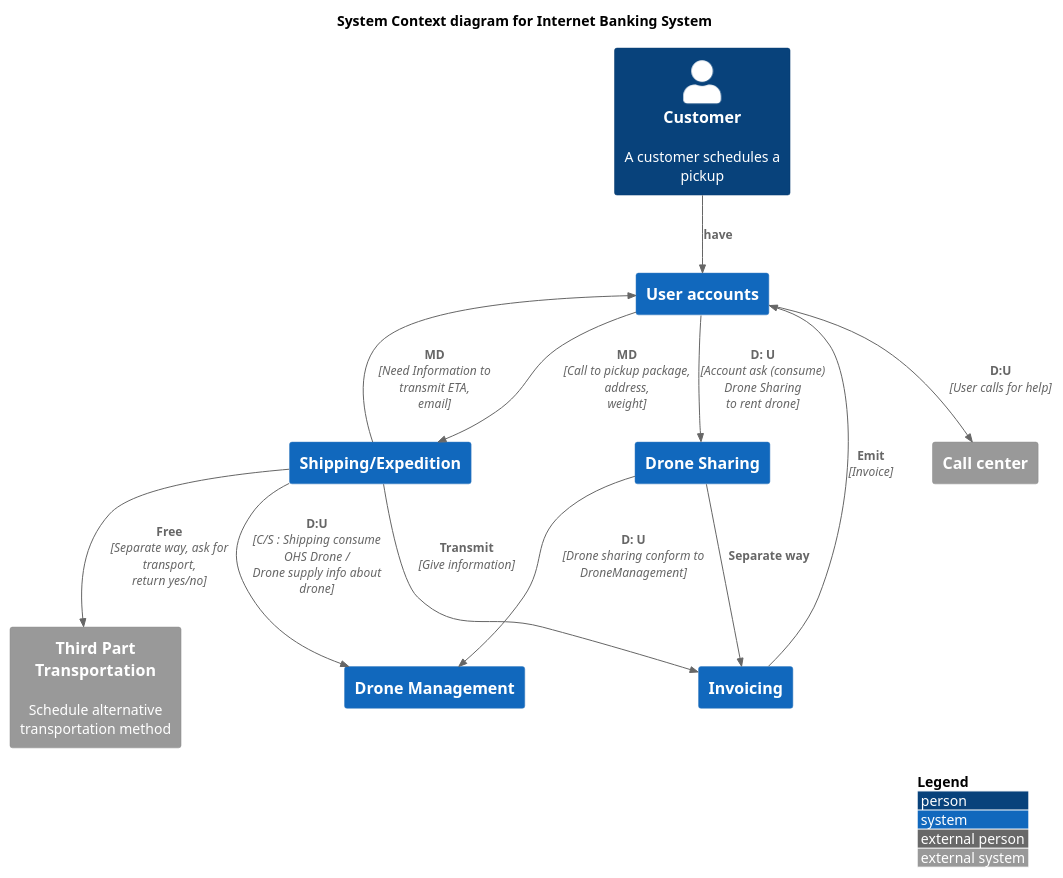
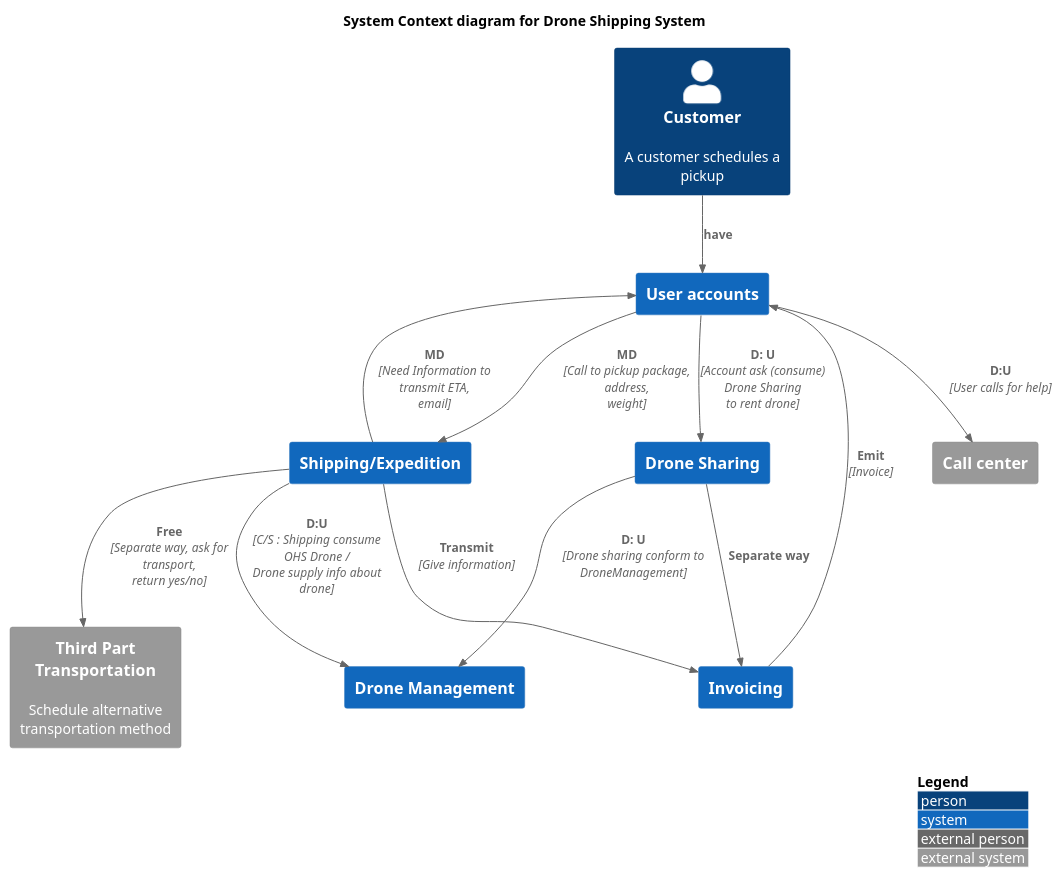
Before and after one commit to tanguybernard/my-awsome-ddd: the diagram in resources/strategic/context-maps/samples/drone/drone_C4-context-maps.puml, drawn with PlantUML.

```diff
--- a/resources/strategic/context-maps/samples/drone/drone_C4-context-maps.puml
+++ b/resources/strategic/context-maps/samples/drone/drone_C4-context-maps.puml
@@ -1,39 +1,39 @@
 @startuml
 !include https://raw.githubusercontent.com/plantuml-stdlib/C4-PlantUML/master/C4_Context.puml
 ' uncomment the following line and comment the first to use locally
 ' !include C4_Context.puml
 
 LAYOUT_WITH_LEGEND()
 
-title System Context diagram for Internet Banking System
+title System Context diagram for Drone Shipping System
 
 Person(customer, "Customer", "A customer schedules a pickup")
 
 System(shipping, "Shipping/Expedition", "")
 System(droneManagement, "Drone Management", "")
 System(droneSharing, "Drone Sharing", "")
 System(userAccounts, "User accounts", "")
 System(invoicing, "Invoicing", "")
 
 System_Ext(thirdPartTransportation, "Third Part Transportation", "Schedule alternative transportation method")
 System_Ext(callCenter, "Call center", "")
 
 Rel(customer, userAccounts, "have")
 
 Rel(shipping, droneManagement, "D:U", "C/S : Shipping consume OHS Drone / Drone supply info about drone")
 Rel(shipping, userAccounts, "MD", "Need Information to transmit ETA, email")
 Rel(userAccounts, shipping, "MD", "Call to pickup package, address, weight")
 
 Rel(shipping, invoicing, "Transmit", "Give information")
 Rel(invoicing, userAccounts, "Emit", "Invoice")
 
 
 Rel(userAccounts, droneSharing, "D: U", "Account ask (consume) Drone Sharing to rent drone")
 Rel(userAccounts, callCenter, "D:U", "User calls for help")
 Rel(shipping, thirdPartTransportation, "Free", "Separate way, ask for transport, return yes/no")
 
 Rel(droneSharing, droneManagement, "D: U", "Drone sharing conform to DroneManagement")
 
 Rel(droneSharing, invoicing, "Separate way", "")
 
 @enduml
```
